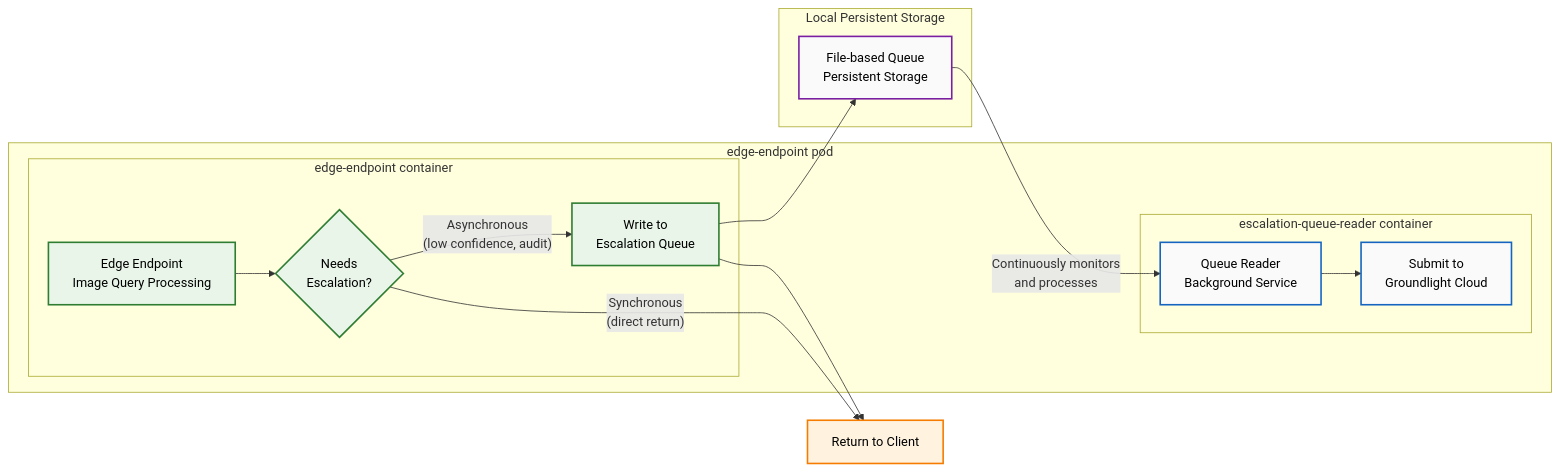
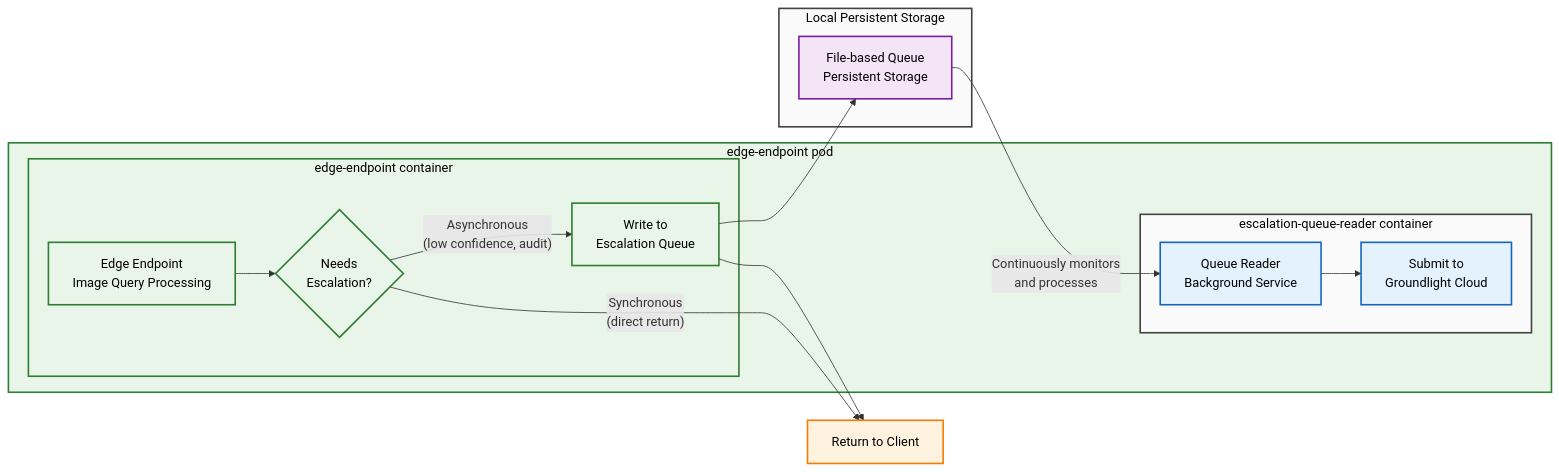
The diagram in ESCALATION-QUEUE.md (groundlight/edge-endpoint), drawn with Mermaid before and after one commit.

````diff
--- a/ESCALATION-QUEUE.md
+++ b/ESCALATION-QUEUE.md
@@ -11,41 +11,50 @@
 ```mermaid
 flowchart LR
-    subgraph "edge-endpoint pod"
-        subgraph "edge-endpoint container"
+    subgraph POD ["edge-endpoint pod"]
+        subgraph CONT1 ["edge-endpoint container"]
             EDGE[Edge Endpoint<br/>Image Query Processing]
             DECISION{Needs<br/>Escalation?}
             QUEUE_WRITE[Write to<br/>Escalation Queue]
         end
         
-        subgraph "escalation-queue-reader container \n"
+        subgraph CONT2 ["escalation-queue-reader container"]
             QUEUE_READ[Queue Reader<br/>Background Service]
             CLOUD_SUBMIT[Submit to<br/>Groundlight Cloud]
         end
     end
     
-    subgraph "Local Persistent Storage"
+    subgraph STORAGE ["Local Persistent Storage"]
         QUEUE[File-based Queue<br/>Persistent Storage]
     end
     
     %% Main Flow
     EDGE --> DECISION
     DECISION -->|"Asynchronous<br/>(low confidence, audit)"| QUEUE_WRITE
     DECISION -->|"Synchronous<br/>(direct return)"| RESPONSE[Return to Client]
     QUEUE_WRITE --> QUEUE
     QUEUE_WRITE --> RESPONSE
     
     %% Background Flow
     QUEUE --> |Continuously monitors<br/>and processes| QUEUE_READ
     QUEUE_READ --> CLOUD_SUBMIT
     
-    %% Styling with darker text
-    classDef main fill:#e8f5e8,stroke:#2e7d32,stroke-width:2px,color:#000000
-    classDef storage fill:#fafafa,stroke:#7b1fa2,stroke-width:2px,color:#000000
-    classDef background fill:#fafafa,stroke:#1565c0,stroke-width:2px,color:#000000
-    classDef response fill:#fff3e0,stroke:#f57c00,stroke-width:2px,color:#000000
+    %% Individual node styling
+    classDef nodeMain fill:#e8f5e8,stroke:#2e7d32,stroke-width:2px,color:#000000
+    classDef nodeStorage fill:#f3e5f5,stroke:#7b1fa2,stroke-width:2px,color:#000000
+    classDef nodeBackground fill:#e3f2fd,stroke:#1565c0,stroke-width:2px,color:#000000
+    classDef nodeResponse fill:#fff3e0,stroke:#f57c00,stroke-width:2px,color:#000000
     
-    class EDGE,DECISION,QUEUE_WRITE main
-    class QUEUE storage
-    class QUEUE_READ,CLOUD_SUBMIT background
-    class RESPONSE response
+    %% Subgraph styling
+    classDef subgraphOffWhite fill:#fafafa,stroke:#424242,stroke-width:2px,color:#000000
+    classDef subgraphDefault fill:#e8f5e8,stroke:#2e7d32,stroke-width:2px,color:#000000
+    
+    %% Apply node styles
+    class EDGE,DECISION,QUEUE_WRITE nodeMain
+    class QUEUE nodeStorage
+    class QUEUE_READ,CLOUD_SUBMIT nodeBackground
+    class RESPONSE nodeResponse
+    
+    %% Apply subgraph styles
+    class POD,CONT1 subgraphDefault
+    class CONT2,STORAGE subgraphOffWhite
 ```
````
